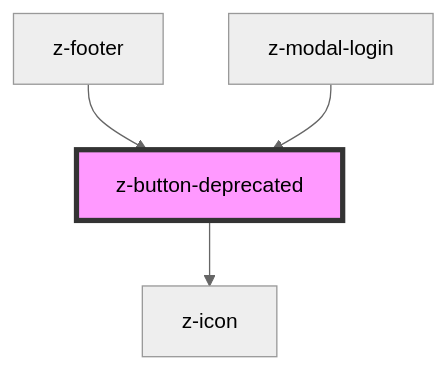
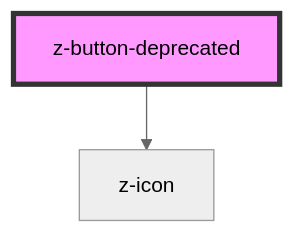
The diagram in src/deprecated/z-button-deprecated/readme.md (ZanichelliEditore/design-system), drawn with Mermaid (neutral theme) before and after one commit. The commit also changed other lines of this file and 12 other files, not shown here.

Commit message:
chore: replace z-button on z-modal-login and z-footer

````diff
--- a/src/deprecated/z-button-deprecated/readme.md
+++ b/src/deprecated/z-button-deprecated/readme.md
@@ -65,7 +60,5 @@
 ```mermaid
 graph TD;
   z-button-deprecated --> z-icon
-  z-footer --> z-button-deprecated
-  z-modal-login --> z-button-deprecated
   style z-button-deprecated fill:#f9f,stroke:#333,stroke-width:4px
 ```
````
